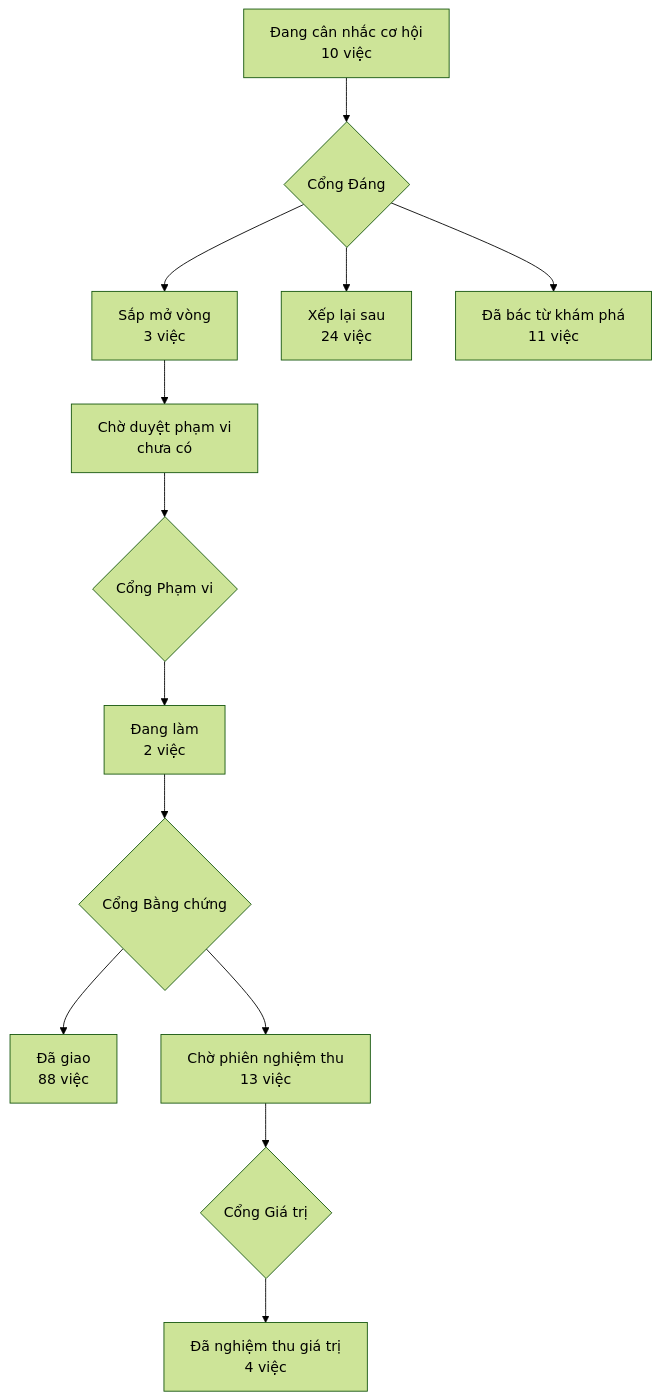
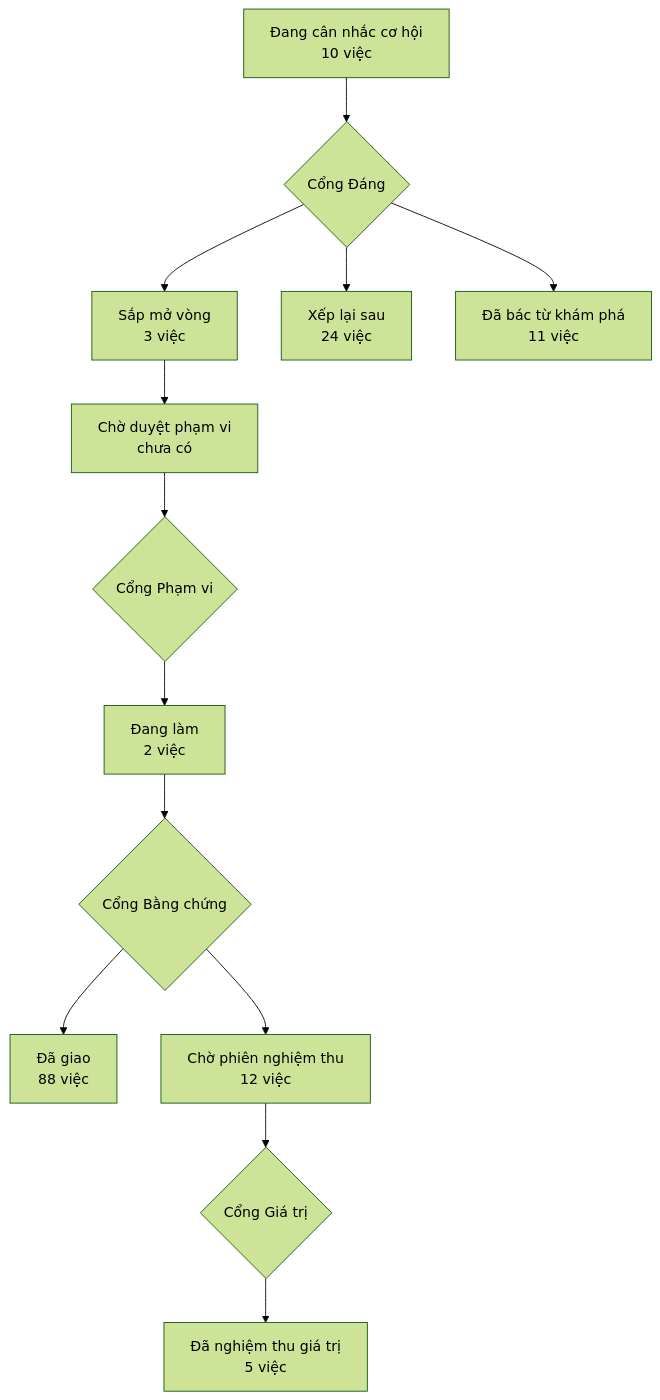
One commit to phanlemanh/acceptance-gate-kit changed the diagram in PRODUCT-MAP.md. Above: the diagram before and after it, drawn with Mermaid (forest theme). The commit also changed other lines of this file and 7 other files, not shown here.

Commit message:
uat(trang-lo-trinh-doc-mot-phut): Cổng Giá trị — release (Manh Phan); gửi crm sau mốc 2.22.0; hạt giống bản chiếu ReUI

````diff
--- a/PRODUCT-MAP.md
+++ b/PRODUCT-MAP.md
@@ -6,12 +6,12 @@
 ```mermaid
 flowchart TD
   A["Đang cân nhắc cơ hội<br/>10 việc"] --> GD{"Cổng Đáng"}
   GD --> B["Sắp mở vòng<br/>3 việc"]
   GD --> XL["Xếp lại sau<br/>24 việc"]
   GD --> DB["Đã bác từ khám phá<br/>11 việc"]
   B --> CD["Chờ duyệt phạm vi<br/>chưa có"] --> GP{"Cổng Phạm vi"}
   GP --> DL["Đang làm<br/>2 việc"] --> GB{"Cổng Bằng chứng"}
   GB --> DG["Đã giao<br/>88 việc"]
-  GB --> CN["Chờ phiên nghiệm thu<br/>13 việc"] --> GG{"Cổng Giá trị"}
-  GG --> NT["Đã nghiệm thu giá trị<br/>4 việc"]
+  GB --> CN["Chờ phiên nghiệm thu<br/>12 việc"] --> GG{"Cổng Giá trị"}
+  GG --> NT["Đã nghiệm thu giá trị<br/>5 việc"]
 ```
````
